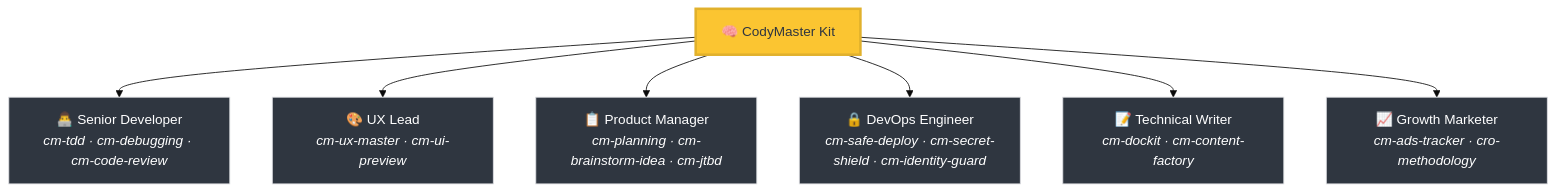
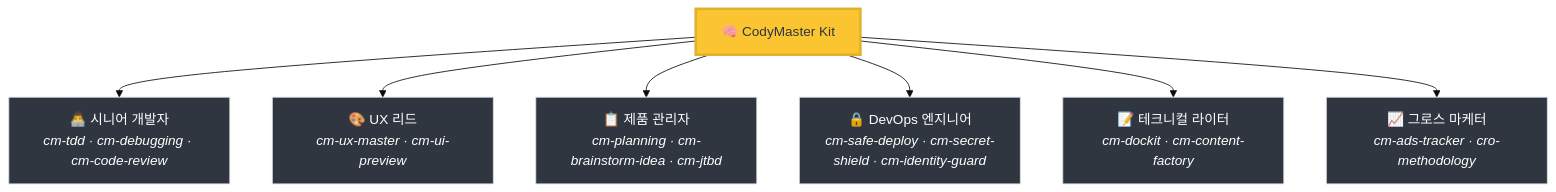
One commit to tody-agent/codymaster changed the first of 3 diagrams in README-ko.md. Above: the diagram before and after it, drawn with Mermaid (base theme). The commit also changed other lines of this file and 27 other files, not shown here.

````diff
--- a/README-ko.md
+++ b/README-ko.md
@@ -56,12 +56,12 @@
 ```mermaid
 graph TD
-    A["🧠 CodyMaster Kit"] --> B["👨‍💻 Senior Developer<br/><i>cm-tdd · cm-debugging · cm-code-review</i>"]
-    A --> C["🎨 UX Lead<br/><i>cm-ux-master · cm-ui-preview</i>"]
-    A --> D["📋 Product Manager<br/><i>cm-planning · cm-brainstorm-idea · cm-jtbd</i>"]
-    A --> E["🔒 DevOps Engineer<br/><i>cm-safe-deploy · cm-secret-shield · cm-identity-guard</i>"]
-    A --> F["📝 Technical Writer<br/><i>cm-dockit · cm-content-factory</i>"]
-    A --> G["📈 Growth Marketer<br/><i>cm-ads-tracker · cro-methodology</i>"]
+    A["🧠 CodyMaster Kit"] --> B["👨‍💻 시니어 개발자<br/><i>cm-tdd · cm-debugging · cm-code-review</i>"]
+    A --> C["🎨 UX 리드<br/><i>cm-ux-master · cm-ui-preview</i>"]
+    A --> D["📋 제품 관리자<br/><i>cm-planning · cm-brainstorm-idea · cm-jtbd</i>"]
+    A --> E["🔒 DevOps 엔지니어<br/><i>cm-safe-deploy · cm-secret-shield · cm-identity-guard</i>"]
+    A --> F["📝 테크니컬 라이터<br/><i>cm-dockit · cm-content-factory</i>"]
+    A --> G["📈 그로스 마케터<br/><i>cm-ads-tracker · cro-methodology</i>"]
     style A fill:#fbc531,stroke:#e1b12c,color:#2f3640,stroke-width:3px
     classDef team fill:#2f3640,stroke:#dcdde1,stroke-width:1px,color:#fff;
     class B,C,D,E,F,G team;
 ```
````
